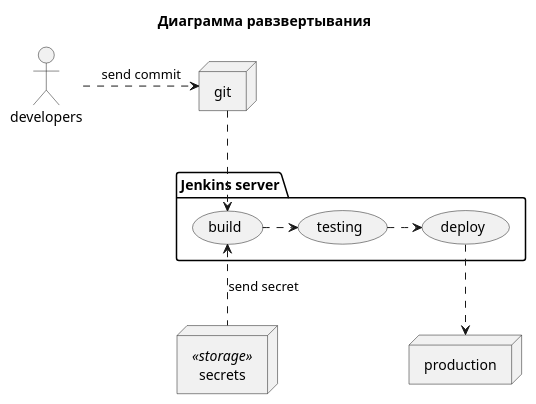
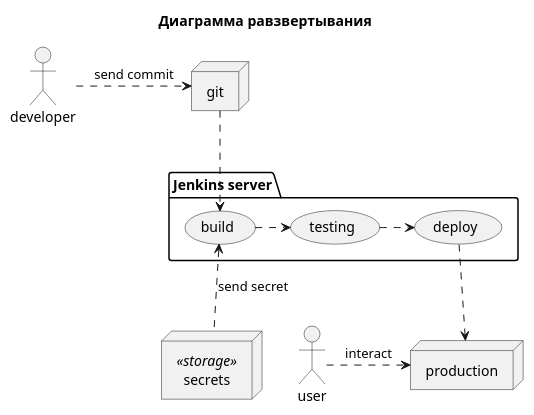
The diagram in diagrams/source/deployment/deploy_diagram.puml (kiselevvn/rsue_uml), drawn with PlantUML before and after one commit. The commit also changed 19 other files, not shown here.

```diff
--- a/diagrams/source/deployment/deploy_diagram.puml
+++ b/diagrams/source/deployment/deploy_diagram.puml
@@ -1,30 +1,32 @@
 @startuml deploy_diagram
 
 title "Диаграмма равзвертывания"
 
-actor developers
+actor developer
+actor user
 
 node git
 node production
 node secrets <<storage>>
 
 package "Jenkins server" as jenkins {
 
     usecase build
     usecase testing
     usecase deploy
 
     build .> testing
     testing .> deploy
 
 }
 
 
-developers .> git : send commit
+developer .> git : send commit
 
 git ..> build
 build <.. secrets : send secret
 deploy ..> production
+user .right.> production : interact
 
 
 @enduml
```
